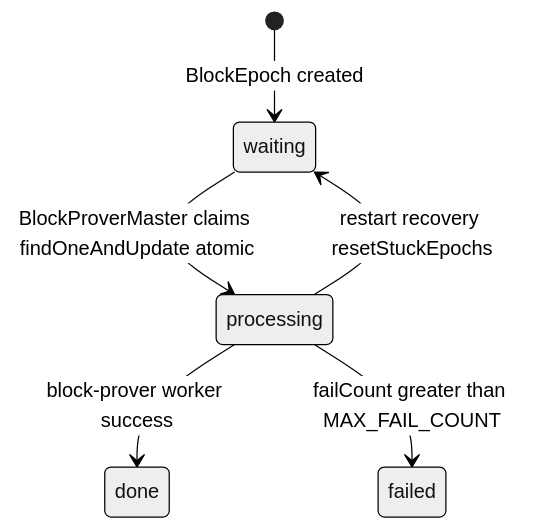
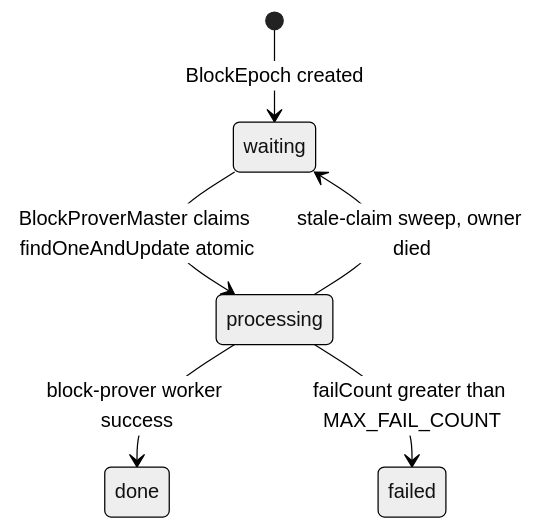
One commit to node101-io/pulsar changed the sixth of 7 diagrams in prover/docs/architecture.md. Above: the diagram before and after it, drawn with Mermaid (neutral theme). The commit also changed other lines of this file, not shown here.

Commit message:
docs(prover): describe the age-gated claim sweep

````diff
--- a/prover/docs/architecture.md
+++ b/prover/docs/architecture.md
@@ -387,8 +387,8 @@
 ```mermaid
 stateDiagram-v2
     [*] --> waiting : BlockEpoch created
     waiting --> processing : BlockProverMaster claims findOneAndUpdate atomic
-    processing --> waiting : restart recovery resetStuckEpochs
+    processing --> waiting : stale-claim sweep, owner died
     processing --> done : block-prover worker success
     processing --> failed : failCount greater than MAX_FAIL_COUNT
 ```
````
